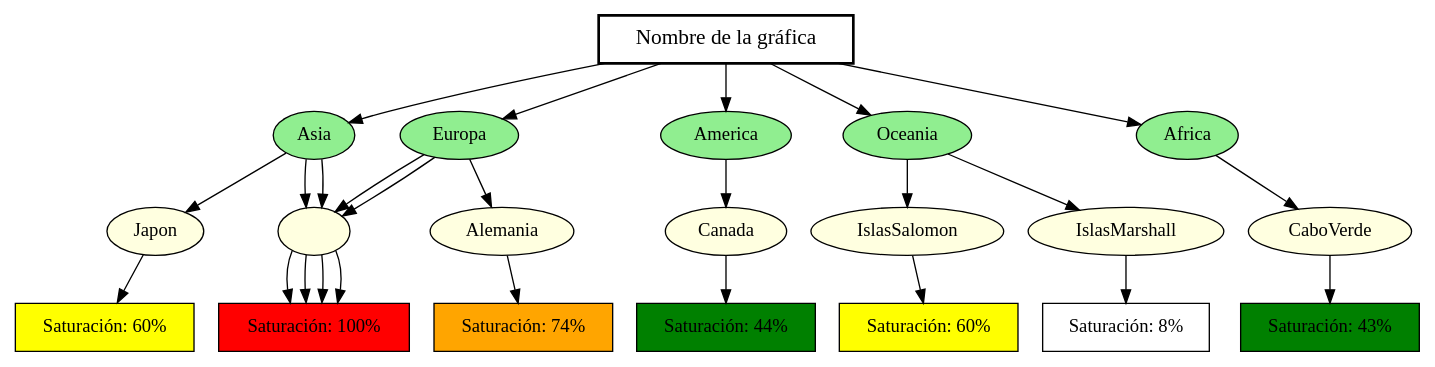
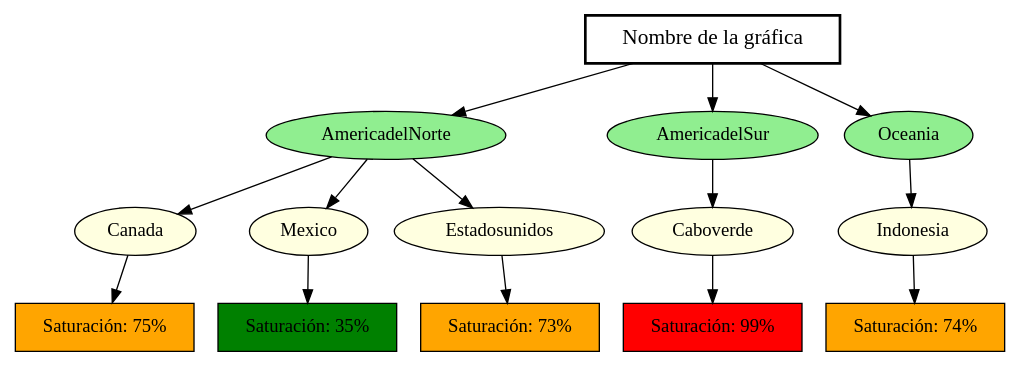
One commit to Emmagx/LFP-2S24Proyectos_202300848 changed the diagram in Proyecto 1 v2/src/fortran/grafo.dot. Above: the diagram before and after it, drawn with Graphviz. The commit also changed 6 other files, not shown here.

```diff
--- a/Proyecto 1 v2/src/fortran/grafo.dot
+++ b/Proyecto 1 v2/src/fortran/grafo.dot
@@ -1,54 +1,30 @@
 // Nombre de la gráfica
 digraph {
 	grafico [label="Nombre de la gráfica" fillcolor=lightblue fontsize=16 shape=box style=bold]
-	Asia [fillcolor=lightgreen shape=ellipse style=filled]
-	grafico -> Asia
-	Japon [fillcolor=lightyellow shape=ellipse style=filled]
-	Asia -> Japon
-	Japon_saturacion [label="Saturación: 60%" fillcolor=yellow shape=box style=filled]
-	Japon -> Japon_saturacion
-	"" [fillcolor=lightyellow shape=ellipse style=filled]
-	Asia -> ""
-	_saturacion [label="Saturación: 84%" fillcolor=red shape=box style=filled]
-	"" -> _saturacion
-	"" [fillcolor=lightyellow shape=ellipse style=filled]
-	Asia -> ""
-	_saturacion [label="Saturación: 69%" fillcolor=orange shape=box style=filled]
-	"" -> _saturacion
-	America [fillcolor=lightgreen shape=ellipse style=filled]
-	grafico -> America
+	AmericadelNorte [fillcolor=lightgreen shape=ellipse style=filled]
+	grafico -> AmericadelNorte
 	Canada [fillcolor=lightyellow shape=ellipse style=filled]
-	America -> Canada
-	Canada_saturacion [label="Saturación: 44%" fillcolor=green shape=box style=filled]
+	AmericadelNorte -> Canada
+	Canada_saturacion [label="Saturación: 75%" fillcolor=orange shape=box style=filled]
 	Canada -> Canada_saturacion
-	Europa [fillcolor=lightgreen shape=ellipse style=filled]
-	grafico -> Europa
-	Alemania [fillcolor=lightyellow shape=ellipse style=filled]
-	Europa -> Alemania
-	Alemania_saturacion [label="Saturación: 74%" fillcolor=orange shape=box style=filled]
-	Alemania -> Alemania_saturacion
-	"" [fillcolor=lightyellow shape=ellipse style=filled]
-	Europa -> ""
-	_saturacion [label="Saturación: 45%" fillcolor=green shape=box style=filled]
-	"" -> _saturacion
-	"" [fillcolor=lightyellow shape=ellipse style=filled]
-	Europa -> ""
-	_saturacion [label="Saturación: 100%" fillcolor=red shape=box style=filled]
-	"" -> _saturacion
+	Mexico [fillcolor=lightyellow shape=ellipse style=filled]
+	AmericadelNorte -> Mexico
+	Mexico_saturacion [label="Saturación: 35%" fillcolor=green shape=box style=filled]
+	Mexico -> Mexico_saturacion
+	Estadosunidos [fillcolor=lightyellow shape=ellipse style=filled]
+	AmericadelNorte -> Estadosunidos
+	Estadosunidos_saturacion [label="Saturación: 73%" fillcolor=orange shape=box style=filled]
+	Estadosunidos -> Estadosunidos_saturacion
+	AmericadelSur [fillcolor=lightgreen shape=ellipse style=filled]
+	grafico -> AmericadelSur
+	Caboverde [fillcolor=lightyellow shape=ellipse style=filled]
+	AmericadelSur -> Caboverde
+	Caboverde_saturacion [label="Saturación: 99%" fillcolor=red shape=box style=filled]
+	Caboverde -> Caboverde_saturacion
 	Oceania [fillcolor=lightgreen shape=ellipse style=filled]
 	grafico -> Oceania
-	IslasMarshall [fillcolor=lightyellow shape=ellipse style=filled]
-	Oceania -> IslasMarshall
-	IslasMarshall_saturacion [label="Saturación: 8%" fillcolor=white shape=box style=filled]
-	IslasMarshall -> IslasMarshall_saturacion
-	IslasSalomon [fillcolor=lightyellow shape=ellipse style=filled]
-	Oceania -> IslasSalomon
-	IslasSalomon_saturacion [label="Saturación: 60%" fillcolor=yellow shape=box style=filled]
-	IslasSalomon -> IslasSalomon_saturacion
-	Africa [fillcolor=lightgreen shape=ellipse style=filled]
-	grafico -> Africa
-	CaboVerde [fillcolor=lightyellow shape=ellipse style=filled]
-	Africa -> CaboVerde
-	CaboVerde_saturacion [label="Saturación: 43%" fillcolor=green shape=box style=filled]
-	CaboVerde -> CaboVerde_saturacion
+	Indonesia [fillcolor=lightyellow shape=ellipse style=filled]
+	Oceania -> Indonesia
+	Indonesia_saturacion [label="Saturación: 74%" fillcolor=orange shape=box style=filled]
+	Indonesia -> Indonesia_saturacion
 }
```
